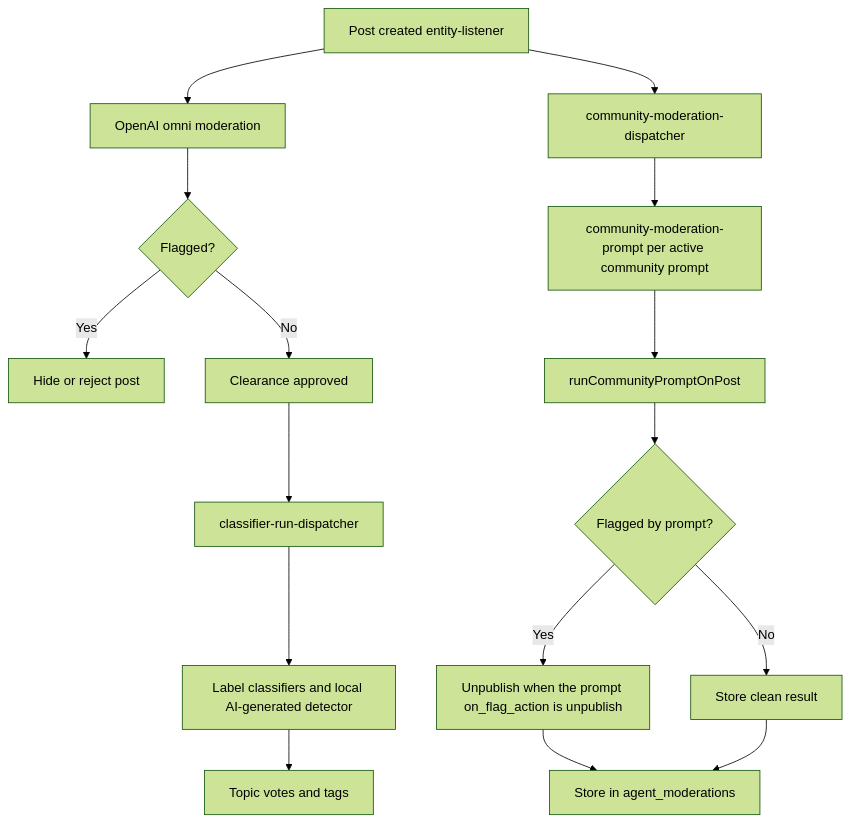
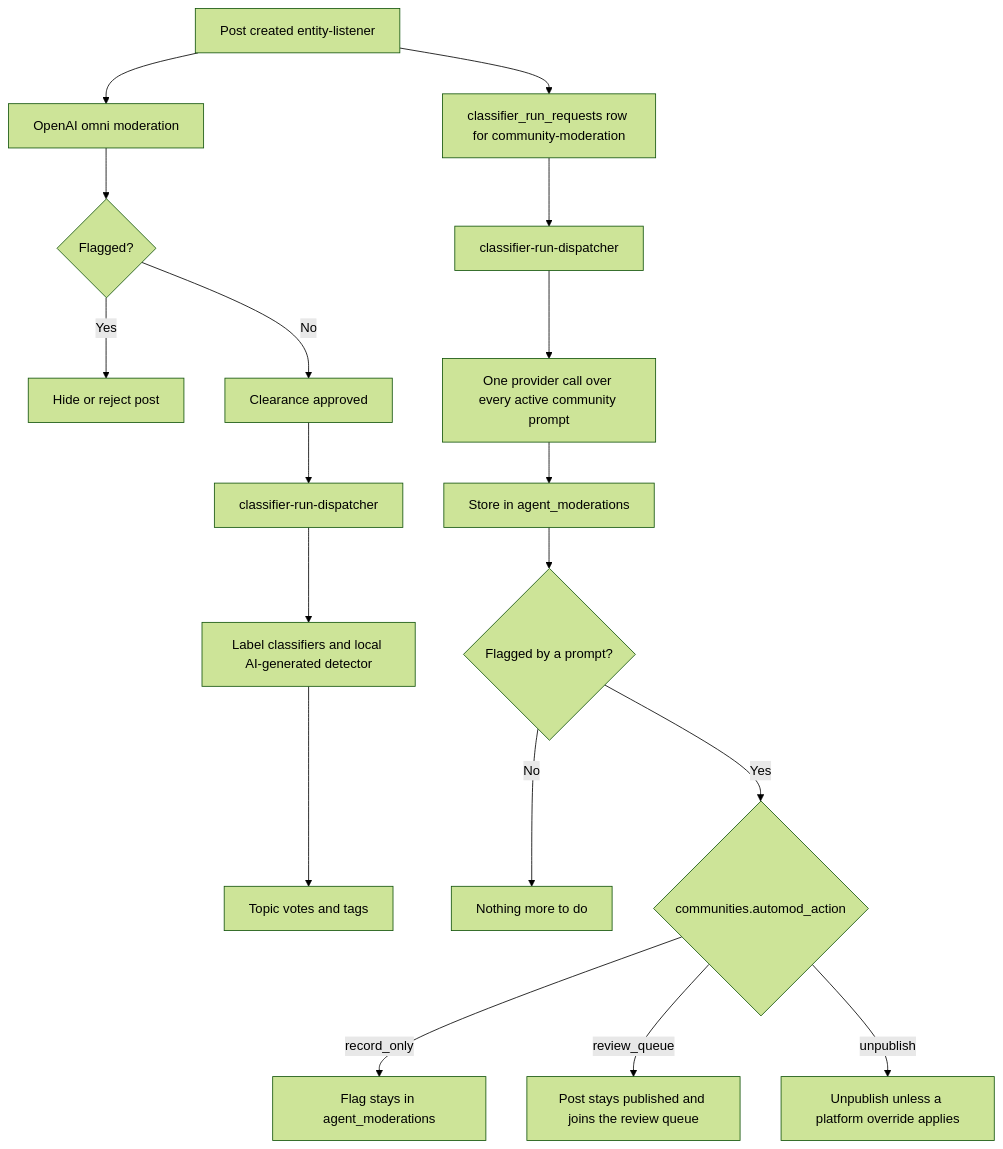
One commit to vouchington/vouchington changed the diagram in docs/overview/architecture/reference-ai-agents-content-moderation-pipeline.md. Above: the diagram before and after it, drawn with Mermaid (forest theme). The commit also changed other lines of this file and 170 other files, not shown here.

First line of the commit message:
feat(communities): run community moderation as a classifier with an automod action

````diff
--- a/docs/overview/architecture/reference-ai-agents-content-moderation-pipeline.md
+++ b/docs/overview/architecture/reference-ai-agents-content-moderation-pipeline.md
@@ -9,18 +9,20 @@
 ```mermaid
 flowchart TD
   post[Post created entity-listener] --> omni[OpenAI omni moderation]
   omni --> flagged{Flagged?}
   flagged -- Yes --> hidden[Hide or reject post]
   flagged -- No --> approved[Clearance approved]
   approved --> classifier[classifier-run-dispatcher]
   classifier --> labels[Label classifiers and local AI-generated detector]
   labels --> effects[Topic votes and tags]
-  post --> community[community-moderation-dispatcher]
-  community --> prompt[community-moderation-prompt per active community prompt]
-  prompt --> run[runCommunityPromptOnPost]
-  run --> action{Flagged by prompt?}
-  action -- Yes --> review[Unpublish when the prompt on_flag_action is unpublish]
-  action -- No --> clean[Store clean result]
-  review --> stored[Store in agent_moderations]
-  clean --> stored
+  post --> request[classifier_run_requests row for community-moderation]
+  request --> community[classifier-run-dispatcher]
+  community --> run[One provider call over every active community prompt]
+  run --> stored[Store in agent_moderations]
+  stored --> action{Flagged by a prompt?}
+  action -- No --> clean[Nothing more to do]
+  action -- Yes --> setting{communities.automod_action}
+  setting -- record_only --> recorded[Flag stays in agent_moderations]
+  setting -- review_queue --> review[Post stays published and joins the review queue]
+  setting -- unpublish --> unpublish[Unpublish unless a platform override applies]
 ```
````
